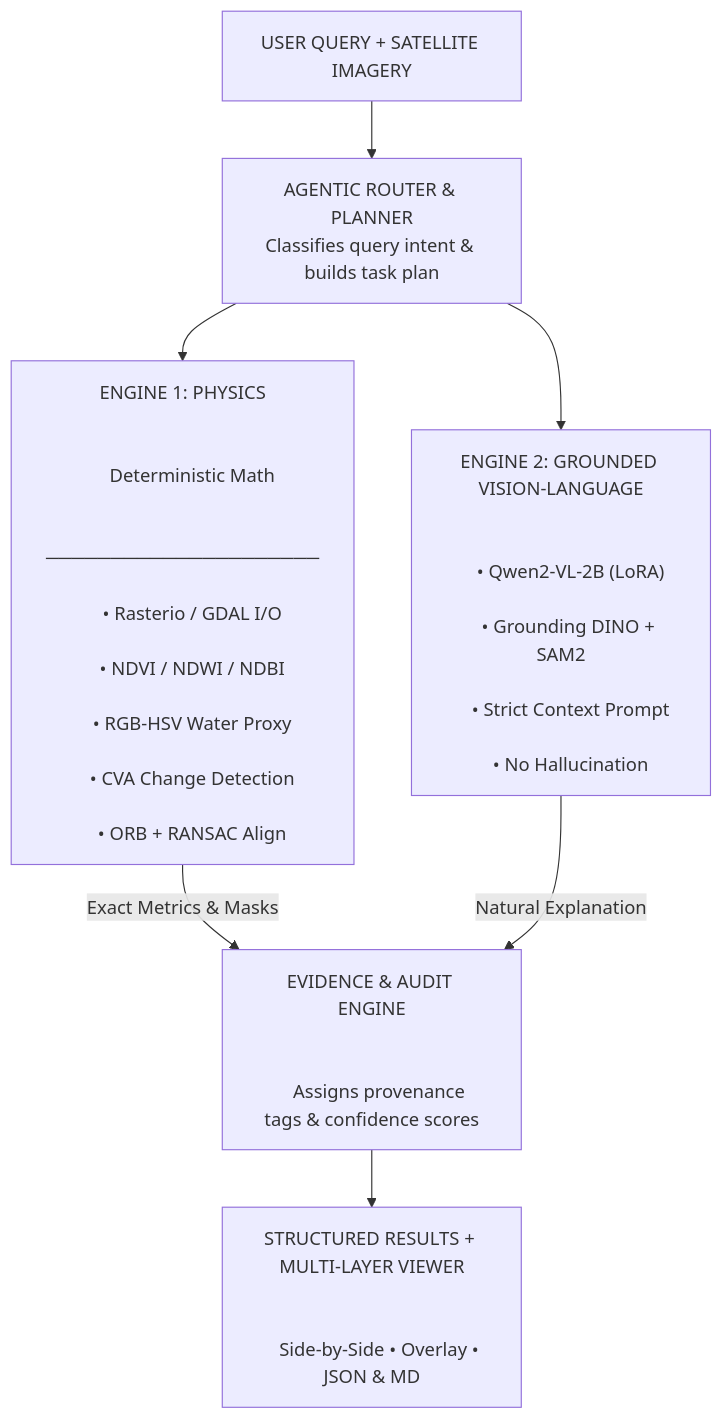
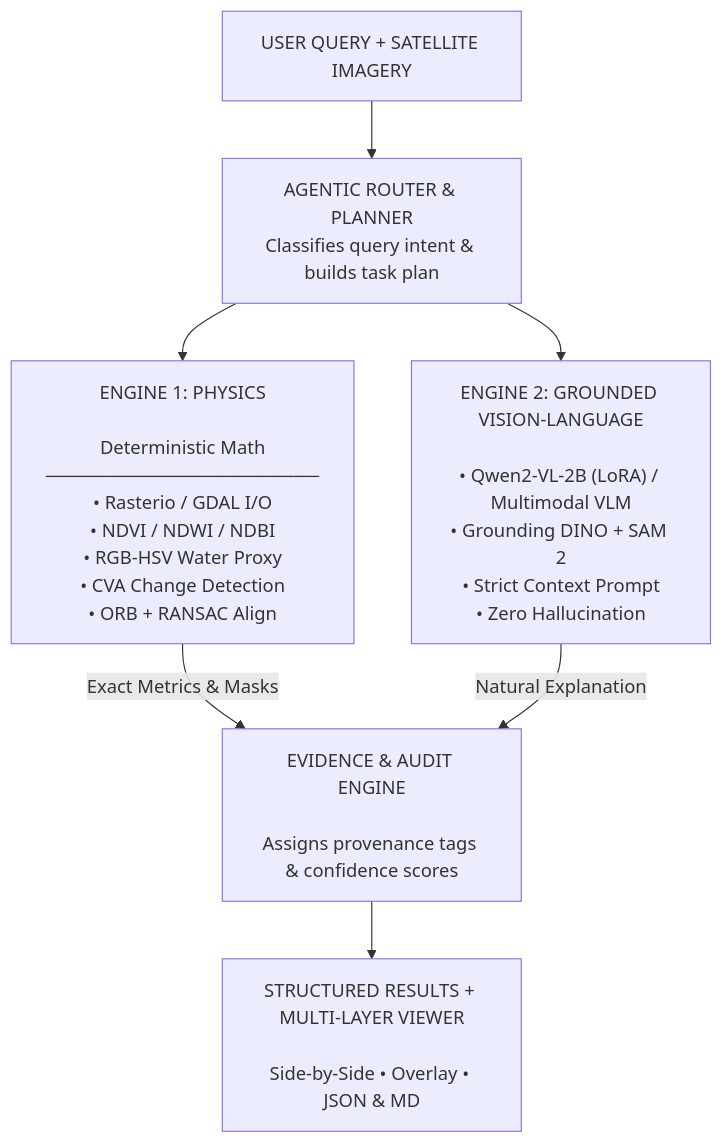
The diagram in README.md (SyedFazeelReshad/SatQueryAI), drawn with Mermaid before and after one commit. The commit also changed other lines of this file, not shown here.

Commit message:
docs: update README with analytical pipelines and architecture overview

````diff
--- a/README.md
+++ b/README.md
@@ -11,32 +11,20 @@
 ```mermaid
 flowchart TD
 
     A["USER QUERY + SATELLITE IMAGERY"] --> B["AGENTIC ROUTER & PLANNER<br/>Classifies query intent & builds task plan"]
 
     B --> C
     B --> D
 
-    C["ENGINE 1: PHYSICS<br/><br/>
-    Deterministic Math<br/>
-    ─────────────────────<br/>
-    • Rasterio / GDAL I/O<br/>
-    • NDVI / NDWI / NDBI<br/>
-    • RGB-HSV Water Proxy<br/>
-    • CVA Change Detection<br/>
-    • ORB + RANSAC Align"]
+    C["ENGINE 1: PHYSICS<br/><br/>Deterministic Math<br/>─────────────────────<br/>• Rasterio / GDAL I/O<br/>• NDVI / NDWI / NDBI<br/>• RGB-HSV Water Proxy<br/>• CVA Change Detection<br/>• ORB + RANSAC Align"]
 
-    D["ENGINE 2: GROUNDED VISION-LANGUAGE<br/><br/>
-    • Qwen2-VL-2B (LoRA)<br/>
-    • Grounding DINO + SAM2<br/>
-    • Strict Context Prompt<br/>
-    • No Hallucination"]
+    D["ENGINE 2: GROUNDED VISION-LANGUAGE<br/><br/>• Qwen2-VL-2B (LoRA) / Multimodal VLM<br/>• Grounding DINO + SAM 2<br/>• Strict Context Prompt<br/>• Zero Hallucination"]
 
     C -->|Exact Metrics & Masks| E
     D -->|Natural Explanation| E
 
-    E["EVIDENCE & AUDIT ENGINE<br/><br/>
-    Assigns provenance tags & confidence scores"]
+    E["EVIDENCE & AUDIT ENGINE<br/><br/>Assigns provenance tags & confidence scores"]
 
-    E --> F["STRUCTURED RESULTS + MULTI-LAYER VIEWER<br/><br/>
-    Side-by-Side • Overlay • JSON & MD"]
+    E --> F["STRUCTURED RESULTS + MULTI-LAYER VIEWER<br/><br/>Side-by-Side • Overlay • JSON & MD"]
+
 ```
````
